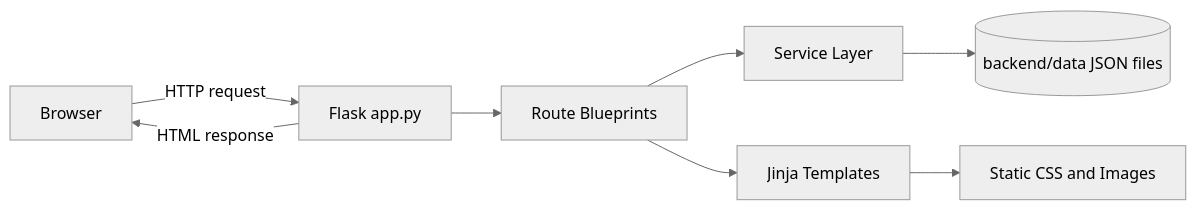
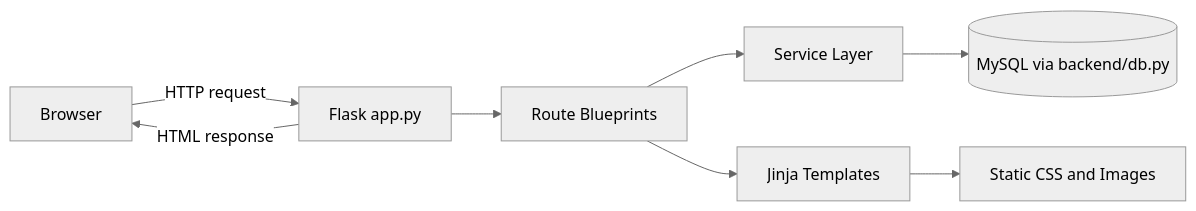
One commit to jackso271/C270-E62H-Team3 changed the first of 3 diagrams in README.md. Above: the diagram before and after it, drawn with Mermaid (neutral theme). The commit also changed other lines of this file and 40 other files, not shown here.

Commit message:
refactor: remove JSON runtime and migrate fully to MySQL

````diff
--- a/README.md
+++ b/README.md
@@ -60,18 +60,18 @@
 ```mermaid
 flowchart LR
     Browser[Browser]
     Flask[Flask app.py]
     Blueprints[Route Blueprints]
     Services[Service Layer]
-    JSON[(backend/data JSON files)]
+    MySQL[(MySQL via backend/db.py)]
     Templates[Jinja Templates]
     Static[Static CSS and Images]
 
     Browser -->|HTTP request| Flask
     Flask --> Blueprints
     Blueprints --> Services
-    Services --> JSON
+    Services --> MySQL
     Blueprints --> Templates
     Templates --> Static
     Flask -->|HTML response| Browser
 ```
````
